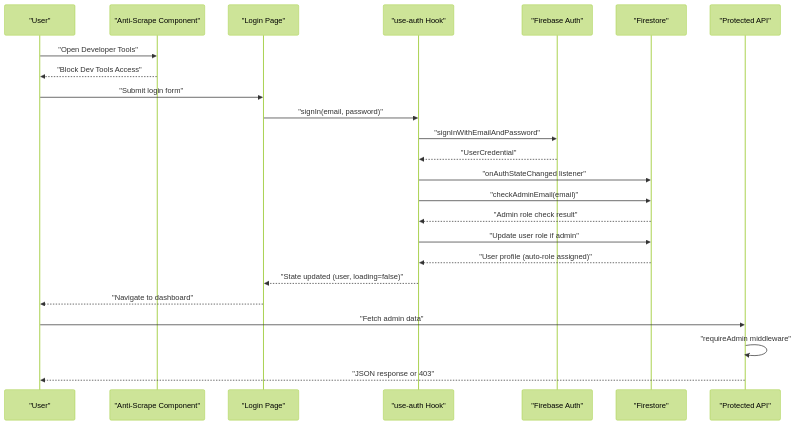
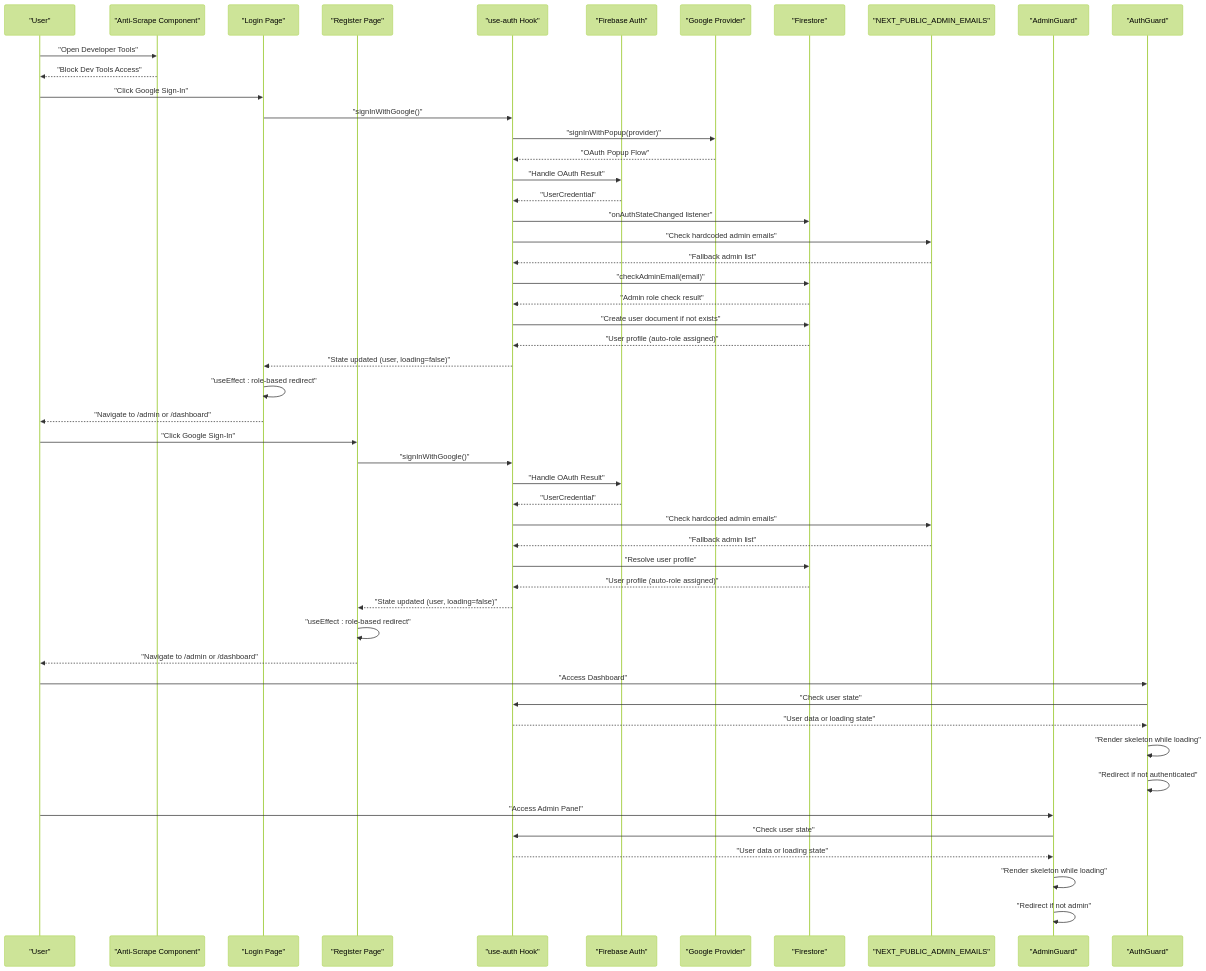
Before and after one commit to alikizang/datafrica: the second of 5 diagrams in .qoder/repowiki/en/content/Authentication System/Authentication System.md, drawn with Mermaid (forest theme). The commit also changed other lines of this file and 21 other files, not shown here.

````diff
--- a/.qoder/repowiki/en/content/Authentication System/Authentication System.md
+++ b/.qoder/repowiki/en/content/Authentication System/Authentication System.md
@@ -119,26 +155,53 @@
 ```mermaid
 sequenceDiagram
 participant U as "User"
 participant AS as "Anti-Scrape Component"
-participant LP as "Login Page"
+participant LG as "Login Page"
+participant RG as "Register Page"
 participant AH as "use-auth Hook"
 participant FA as "Firebase Auth"
+participant GP as "Google Provider"
 participant FS as "Firestore"
-participant AP as "Protected API"
+participant ENV as "NEXT_PUBLIC_ADMIN_EMAILS"
+participant AG as "AdminGuard"
+participant AU as "AuthGuard"
 U->>AS : "Open Developer Tools"
 AS-->>U : "Block Dev Tools Access"
-U->>LP : "Submit login form"
-LP->>AH : "signIn(email, password)"
-AH->>FA : "signInWithEmailAndPassword"
+U->>LG : "Click Google Sign-In"
+LG->>AH : "signInWithGoogle()"
+AH->>GP : "signInWithPopup(provider)"
+GP-->>AH : "OAuth Popup Flow"
+AH->>FA : "Handle OAuth Result"
 FA-->>AH : "UserCredential"
 AH->>FS : "onAuthStateChanged listener"
+AH->>ENV : "Check hardcoded admin emails"
+ENV-->>AH : "Fallback admin list"
 AH->>FS : "checkAdminEmail(email)"
 FS-->>AH : "Admin role check result"
-AH->>FS : "Update user role if admin"
+AH->>FS : "Create user document if not exists"
 FS-->>AH : "User profile (auto-role assigned)"
-AH-->>LP : "State updated (user, loading=false)"
-LP-->>U : "Navigate to dashboard"
-U->>AP : "Fetch admin data"
-AP->>AP : "requireAdmin middleware"
-AP-->>U : "JSON response or 403"
+AH-->>LG : "State updated (user, loading=false)"
+LG->>LG : "useEffect : role-based redirect"
+LG-->>U : "Navigate to /admin or /dashboard"
+U->>RG : "Click Google Sign-In"
+RG->>AH : "signInWithGoogle()"
+AH->>FA : "Handle OAuth Result"
+FA-->>AH : "UserCredential"
+AH->>ENV : "Check hardcoded admin emails"
+ENV-->>AH : "Fallback admin list"
+AH->>FS : "Resolve user profile"
+FS-->>AH : "User profile (auto-role assigned)"
+AH-->>RG : "State updated (user, loading=false)"
+RG->>RG : "useEffect : role-based redirect"
+RG-->>U : "Navigate to /admin or /dashboard"
+U->>AU : "Access Dashboard"
+AU->>AH : "Check user state"
+AH-->>AU : "User data or loading state"
+AU->>AU : "Render skeleton while loading"
+AU->>AU : "Redirect if not authenticated"
+U->>AG : "Access Admin Panel"
+AG->>AH : "Check user state"
+AH-->>AG : "User data or loading state"
+AG->>AG : "Render skeleton while loading"
+AG->>AG : "Redirect if not admin"
 ```
````
